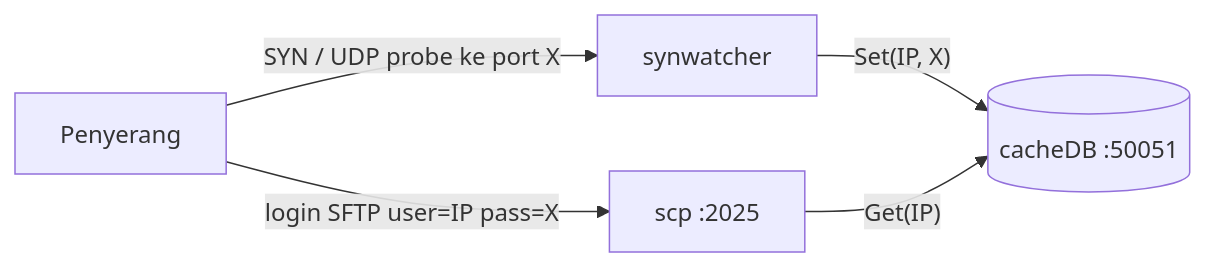
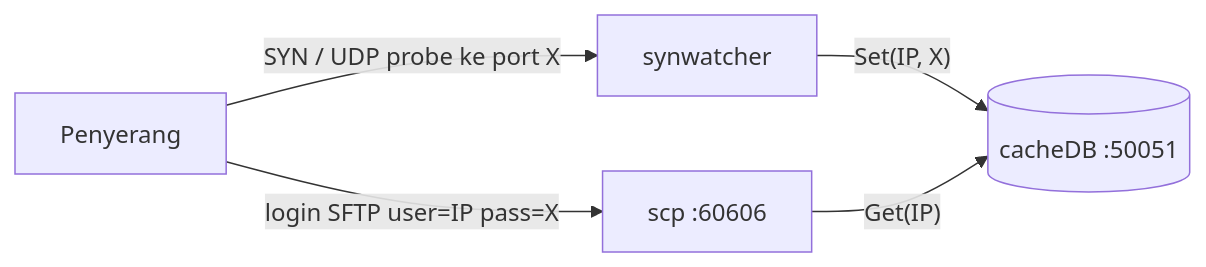
One commit to n0z0/synwatcher changed the diagram in README.md. Above: the diagram before and after it, drawn with Mermaid. The commit also changed other lines of this file and 2 other files, not shown here.

Commit message:
feat: ubah default port ignore SFTP honeypot ke 60606 dan buat dapat dikonfigurasi via -sftpport

````diff
--- a/README.md
+++ b/README.md
@@ -15,7 +15,7 @@
 ```mermaid
 flowchart LR
     A[Penyerang] -- "SYN / UDP probe ke port X" --> B[synwatcher]
     B -- "Set(IP, X)" --> C[(cacheDB :50051)]
-    A -- "login SFTP user=IP pass=X" --> D[scp :2025]
+    A -- "login SFTP user=IP pass=X" --> D[scp :60606]
     D -- "Get(IP)" --> C
 ```
````
